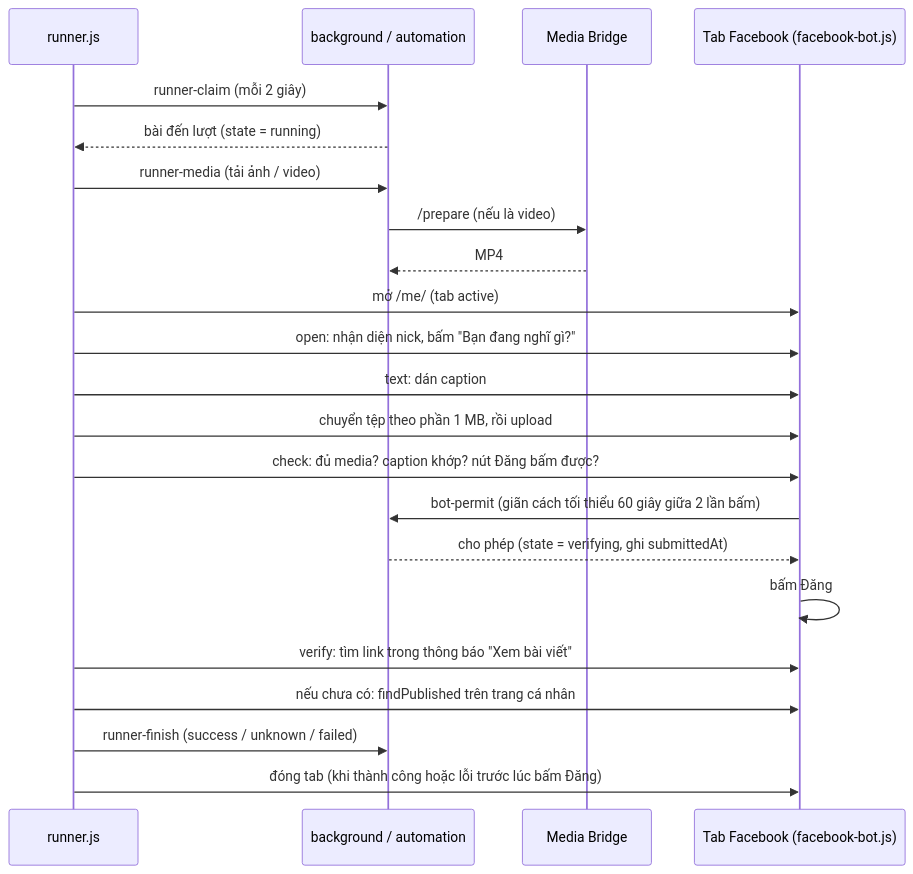
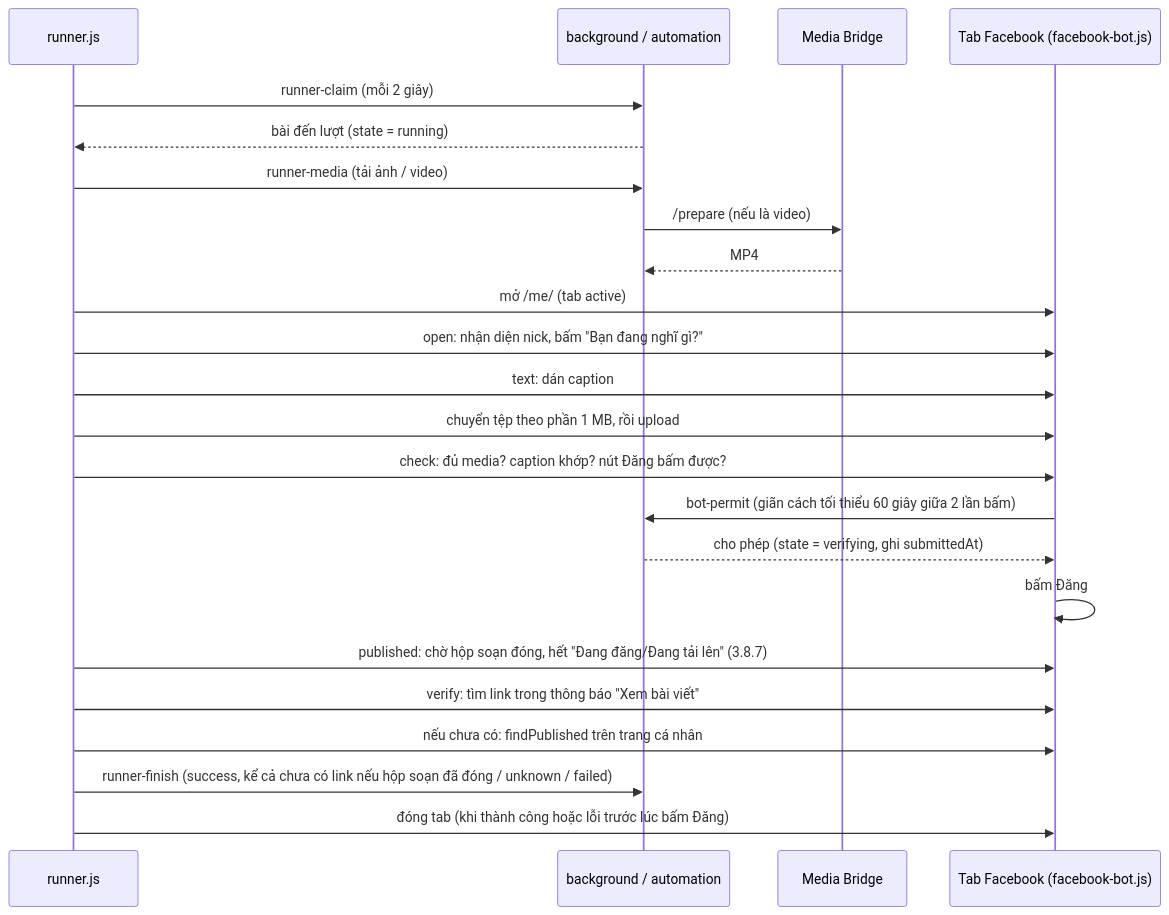
The second of 3 diagrams in docs/FLOW.md (LePhuongThao038/Facebook-Automation), drawn with Mermaid before and after one commit. The commit also changed other lines of this file and 16 other files, not shown here.

````diff
--- a/docs/FLOW.md
+++ b/docs/FLOW.md
@@ -43,24 +43,25 @@
 ```mermaid
 sequenceDiagram
   participant R as runner.js
   participant B as background / automation
   participant MB as Media Bridge
   participant T as Tab Facebook (facebook-bot.js)
   R->>B: runner-claim (mỗi 2 giây)
   B-->>R: bài đến lượt (state = running)
   R->>B: runner-media (tải ảnh / video)
   B->>MB: /prepare (nếu là video)
   MB-->>B: MP4
   R->>T: mở /me/ (tab active)
   R->>T: open: nhận diện nick, bấm "Bạn đang nghĩ gì?"
   R->>T: text: dán caption
   R->>T: chuyển tệp theo phần 1 MB, rồi upload
   R->>T: check: đủ media? caption khớp? nút Đăng bấm được?
   T->>B: bot-permit (giãn cách tối thiểu 60 giây giữa 2 lần bấm)
   B-->>T: cho phép (state = verifying, ghi submittedAt)
   T->>T: bấm Đăng
+  R->>T: published: chờ hộp soạn đóng, hết "Đang đăng/Đang tải lên" (3.8.7)
   R->>T: verify: tìm link trong thông báo "Xem bài viết"
   R->>T: nếu chưa có: findPublished trên trang cá nhân
-  R->>B: runner-finish (success / unknown / failed)
+  R->>B: runner-finish (success, kể cả chưa có link nếu hộp soạn đã đóng / unknown / failed)
   R->>T: đóng tab (khi thành công hoặc lỗi trước lúc bấm Đăng)
 ```
````
